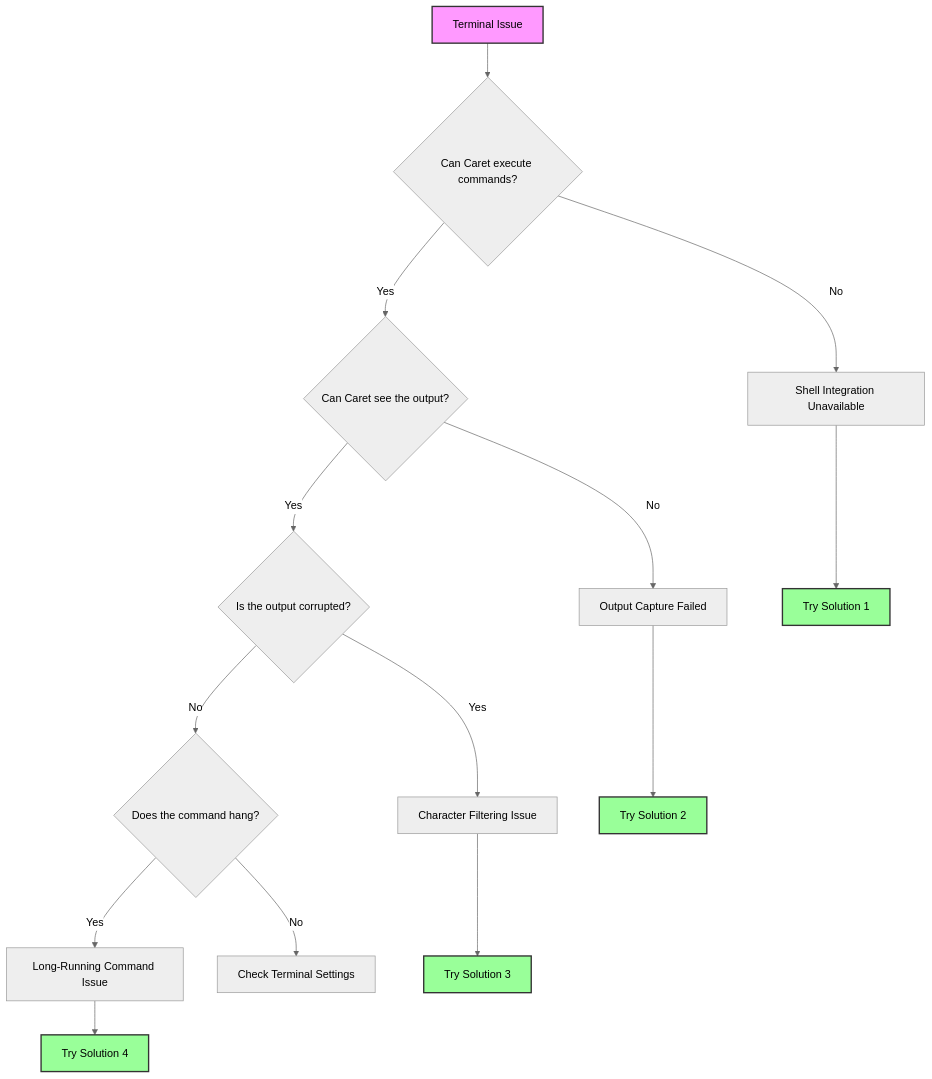
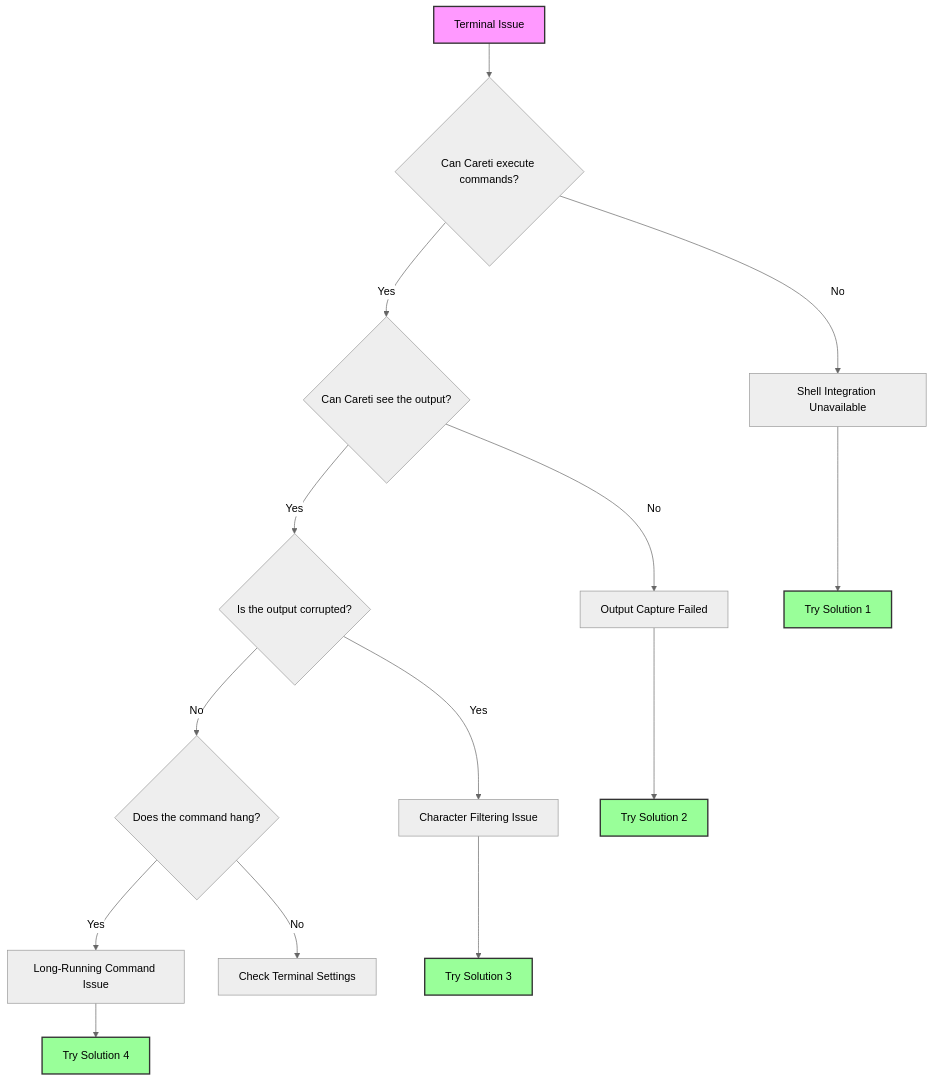
One commit to aicoding-caret/docs.caret.team changed the diagram in docs-en/troubleshooting/terminal-integration-guide.mdx. Above: the diagram before and after it, drawn with Mermaid (neutral theme). The commit also changed other lines of this file and 777 other files, not shown here.

First line of the commit message:
feat: rebrand Caret → Careti across all documentation

````diff
--- a/docs-en/troubleshooting/terminal-integration-guide.mdx
+++ b/docs-en/troubleshooting/terminal-integration-guide.mdx
@@ -20,23 +20,23 @@
 ```mermaid
 graph TD
-    A[Terminal Issue] --> B{Can Caret execute commands?}
+    A[Terminal Issue] --> B{Can Careti execute commands?}
     B -->|No| C[Shell Integration Unavailable]
-    B -->|Yes| D{Can Caret see the output?}
+    B -->|Yes| D{Can Careti see the output?}
     D -->|No| E[Output Capture Failed]
     D -->|Yes| F{Is the output corrupted?}
     F -->|Yes| G[Character Filtering Issue]
     F -->|No| H{Does the command hang?}
     H -->|Yes| I[Long-Running Command Issue]
     H -->|No| J[Check Terminal Settings]
 
     C --> K[Try Solution 1]
     E --> L[Try Solution 2]
     G --> M[Try Solution 3]
     I --> N[Try Solution 4]
 
     style A fill:#f9f,stroke:#333,stroke-width:2px
     style K fill:#9f9,stroke:#333,stroke-width:2px
     style L fill:#9f9,stroke:#333,stroke-width:2px
     style M fill:#9f9,stroke:#333,stroke-width:2px
     style N fill:#9f9,stroke:#333,stroke-width:2px
 ```
````
